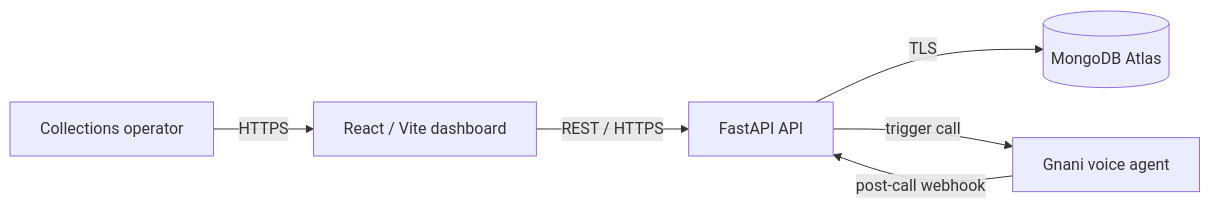
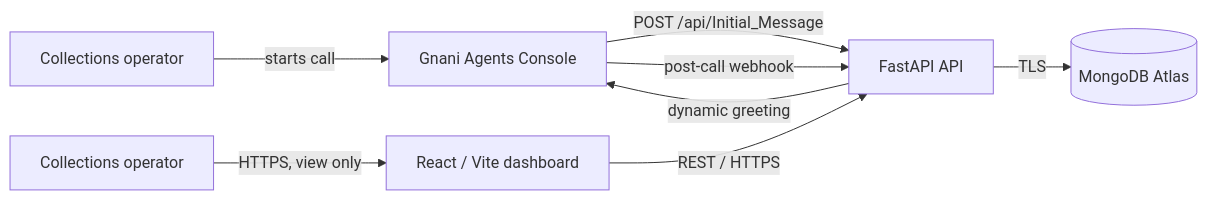
The diagram in README.md (vaishnaviikv/EMI-payment-collection-agent), drawn with Mermaid before and after one commit. The commit also changed other lines of this file and 11 other files, not shown here.

First line of the commit message:
Switch call trigger to console-initiated flow

````diff
--- a/README.md
+++ b/README.md
@@ -9,8 +9,10 @@
 ```mermaid
 flowchart LR
-  U[Collections operator] -->|HTTPS| W[React / Vite dashboard]
-  W -->|REST / HTTPS| A[FastAPI API]
+  Op[Collections operator] -->|starts call| G[Gnani Agents Console]
+  G -->|POST /api/Initial_Message| A[FastAPI API]
   A -->|TLS| M[(MongoDB Atlas)]
-  A -->|trigger call| G[Gnani voice agent]
+  A -->|dynamic greeting| G
   G -->|post-call webhook| A
+  U[Collections operator] -->|HTTPS, view only| W[React / Vite dashboard]
+  W -->|REST / HTTPS| A
 ```
````
